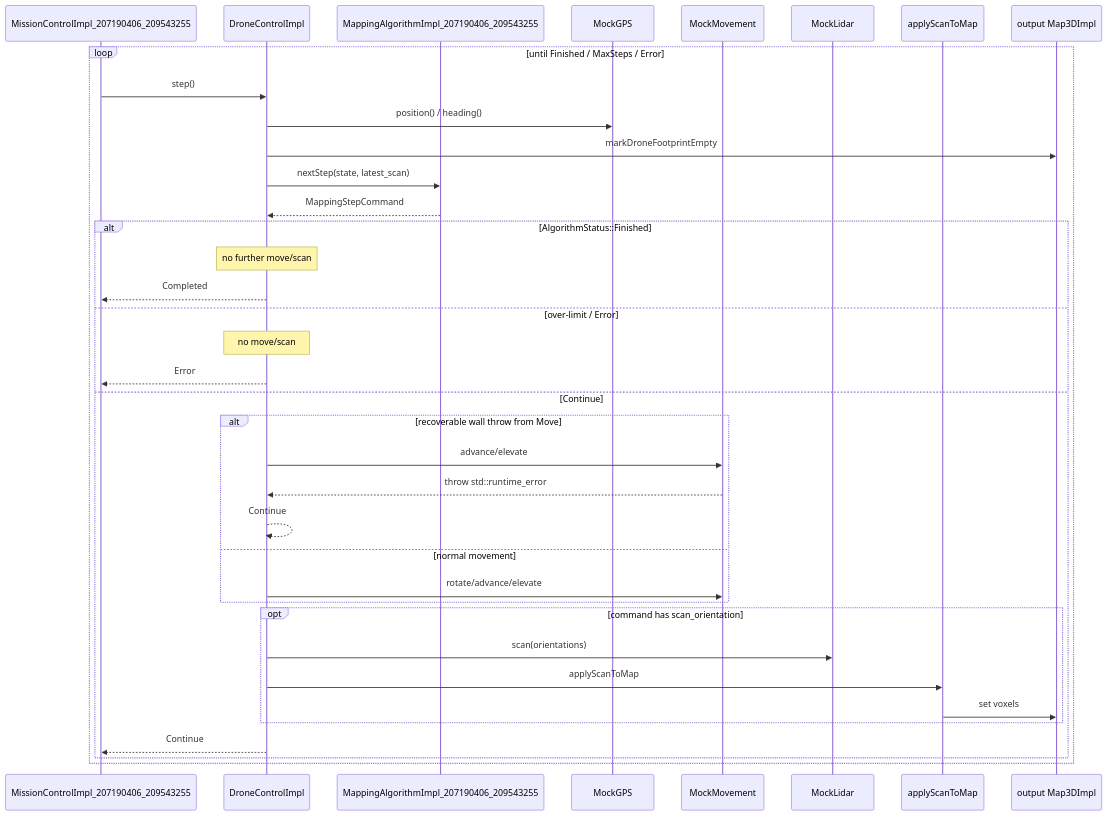
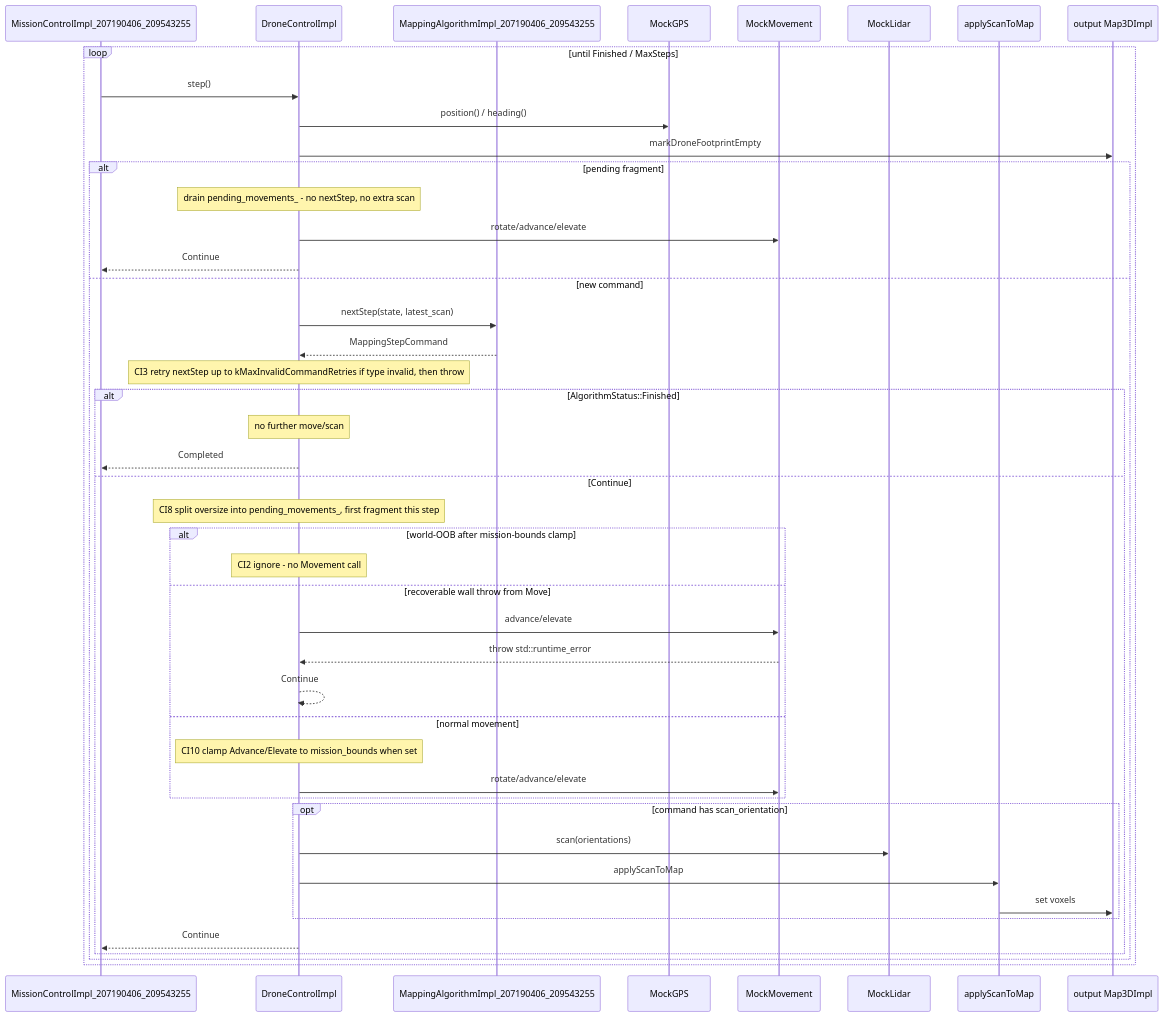
One commit to Sagi154/Drone-Mapper-ex3 changed the diagram in docs/hld/seq-drone-step.mmd. Above: the diagram before and after it, drawn with Mermaid. The commit also changed 9 other files, not shown here.

First line of the commit message:
docs: claim CI8 split-oversize recovery and compact known issues

```diff
--- a/docs/hld/seq-drone-step.mmd
+++ b/docs/hld/seq-drone-step.mmd
@@ -1,38 +1,46 @@
 sequenceDiagram
     participant MC as MissionControlImpl_207190406_209543255
     participant DC as DroneControlImpl
     participant Algo as MappingAlgorithmImpl_207190406_209543255
     participant GPS as MockGPS
     participant Move as MockMovement
     participant Lidar as MockLidar
     participant SR as applyScanToMap
     participant Map as output Map3DImpl
 
-    loop until Finished / MaxSteps / Error
+    loop until Finished / MaxSteps
         MC->>DC: step()
         DC->>GPS: position() / heading()
         DC->>Map: markDroneFootprintEmpty
-        DC->>Algo: nextStep(state, latest_scan)
-        Algo-->>DC: MappingStepCommand
-        alt AlgorithmStatus::Finished
-            Note over DC: no further move/scan
-            DC-->>MC: Completed
-        else over-limit / Error
-            Note over DC: no move/scan
-            DC-->>MC: Error
-        else Continue
-            alt recoverable wall throw from Move
-                DC->>Move: advance/elevate
-                Move-->>DC: throw std::runtime_error
-                DC-->>DC: Continue
-            else normal movement
-                DC->>Move: rotate/advance/elevate
+        alt pending fragment
+            Note over DC: drain pending_movements_ - no nextStep, no extra scan
+            DC->>Move: rotate/advance/elevate
+            DC-->>MC: Continue
+        else new command
+            DC->>Algo: nextStep(state, latest_scan)
+            Algo-->>DC: MappingStepCommand
+            Note over DC: CI3 retry nextStep up to kMaxInvalidCommandRetries if type invalid, then throw
+            alt AlgorithmStatus::Finished
+                Note over DC: no further move/scan
+                DC-->>MC: Completed
+            else Continue
+                Note over DC: CI8 split oversize into pending_movements_, first fragment this step
+                alt world-OOB after mission-bounds clamp
+                    Note over DC: CI2 ignore - no Movement call
+                else recoverable wall throw from Move
+                    DC->>Move: advance/elevate
+                    Move-->>DC: throw std::runtime_error
+                    DC-->>DC: Continue
+                else normal movement
+                    Note over DC: CI10 clamp Advance/Elevate to mission_bounds when set
+                    DC->>Move: rotate/advance/elevate
+                end
+                opt command has scan_orientation
+                    DC->>Lidar: scan(orientations)
+                    DC->>SR: applyScanToMap
+                    SR->>Map: set voxels
+                end
+                DC-->>MC: Continue
             end
-            opt command has scan_orientation
-                DC->>Lidar: scan(orientations)
-                DC->>SR: applyScanToMap
-                SR->>Map: set voxels
-            end
-            DC-->>MC: Continue
         end
     end
```
